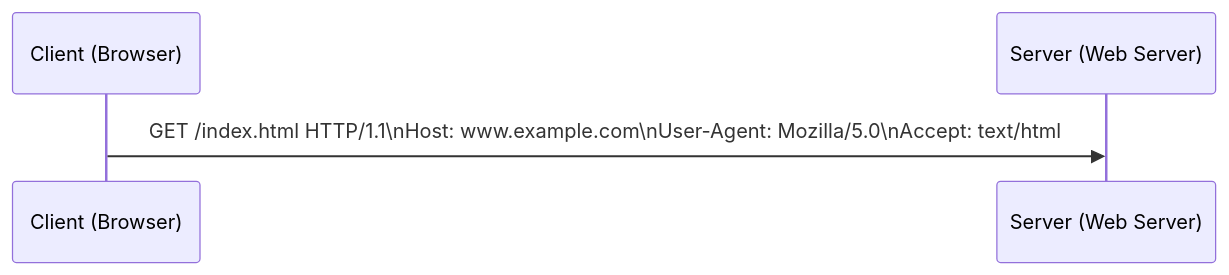
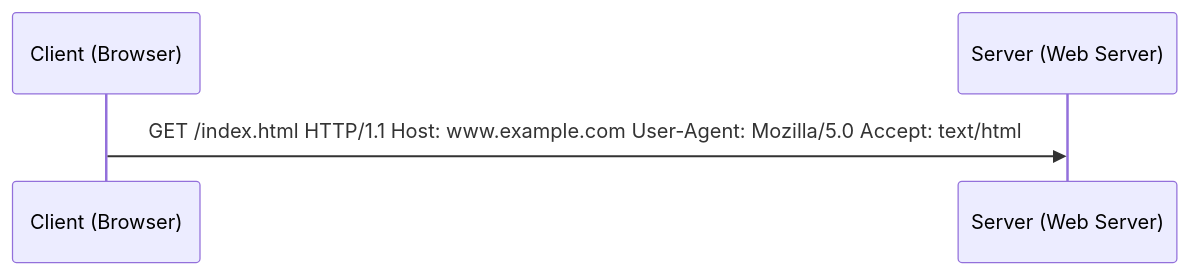
Before and after one commit to imdeepmind/imdeepmind.github.io: the fifth of 8 diagrams in docs/networking/protocols/layer-7/http.md, drawn with Mermaid. The commit also changed other lines of this file, not shown here.

Commit message:
docs(networking): IMDEEPMIND-28: updated the http docs

````diff
--- a/docs/networking/protocols/layer-7/http.md
+++ b/docs/networking/protocols/layer-7/http.md
@@ -301,7 +324,7 @@
-    ```mermaid
-    sequenceDiagram
-        participant Client as Client (Browser)
-        participant Server as Server (Web Server)
+```mermaid
+sequenceDiagram
+    participant Client as Client (Browser)
+    participant Server as Server (Web Server)
 
-        Client->>Server: GET /index.html HTTP/1.1\nHost: www.example.com\nUser-Agent: Mozilla/5.0\nAccept: text/html
-    ```
+    Client->>Server: GET /index.html HTTP/1.1 Host: www.example.com User-Agent: Mozilla/5.0 Accept: text/html
+```
````
